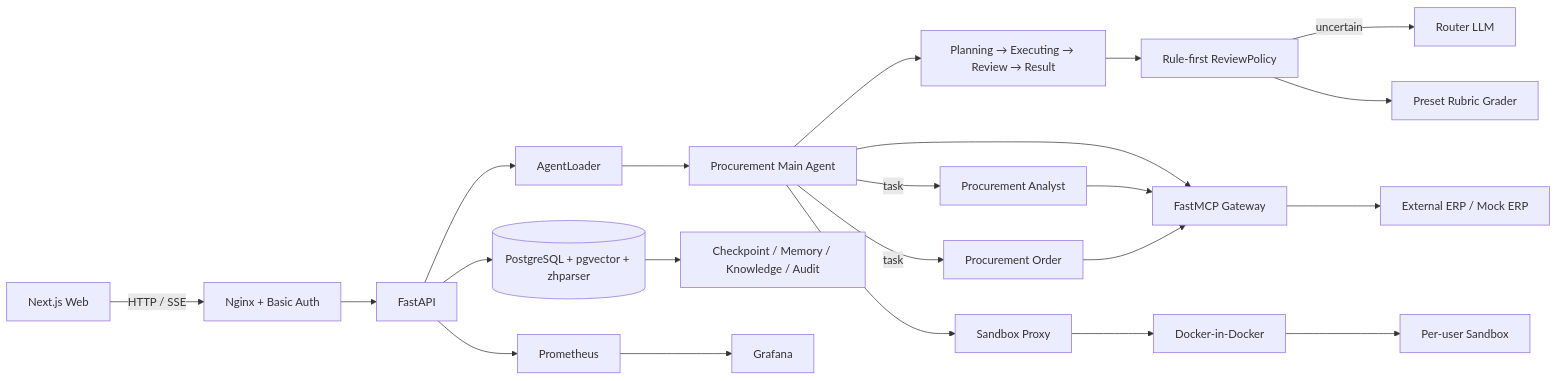
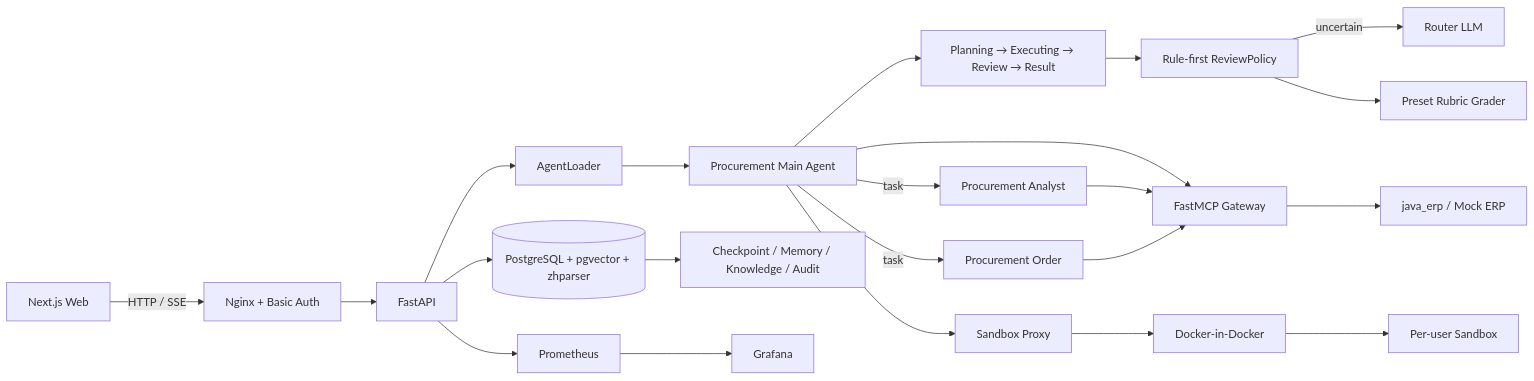
One commit to lyrwazbzh/AutoSupply-Agent changed the diagram in README.md. Above: the diagram before and after it, drawn with Mermaid. The commit also changed other lines of this file, not shown here.

First line of the commit message:
docs: align root README with java_erp and current harness

````diff
--- a/README.md
+++ b/README.md
@@ -39,28 +43,28 @@
 ```mermaid
 flowchart LR
     UI[Next.js Web] -->|HTTP / SSE| NGINX[Nginx + Basic Auth]
     NGINX --> API[FastAPI]
     API --> LOADER[AgentLoader]
     LOADER --> MAIN[Procurement Main Agent]
 
     MAIN --> HARNESS[Planning → Executing → Review → Result]
     MAIN -->|task| ANALYST[Procurement Analyst]
     MAIN -->|task| ORDER[Procurement Order]
     HARNESS --> POLICY[Rule-first ReviewPolicy]
     POLICY -->|uncertain| ROUTER[Router LLM]
     POLICY --> RUBRIC[Preset Rubric Grader]
 
     MAIN --> MCP[FastMCP Gateway]
     ANALYST --> MCP
     ORDER --> MCP
-    MCP --> ERP[External ERP / Mock ERP]
+    MCP --> ERP[java_erp / Mock ERP]
 
     MAIN --> PROXY[Sandbox Proxy]
     PROXY --> DIND[Docker-in-Docker]
     DIND --> BOX[Per-user Sandbox]
 
     API --> PG[(PostgreSQL + pgvector + zhparser)]
     PG --> DATA[Checkpoint / Memory / Knowledge / Audit]
     API --> PROM[Prometheus]
     PROM --> GRAFANA[Grafana]
 ```
````
